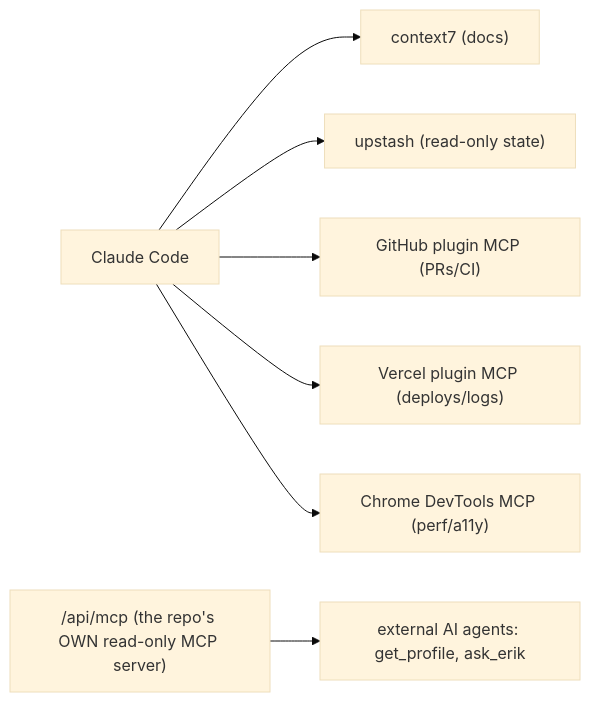
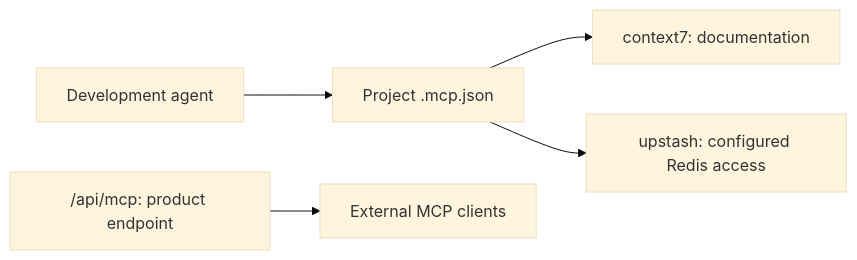
One commit to erikunha/portfolio changed the diagram in docs/handbook/agents-skills-hooks-mcp.md. Above: the diagram before and after it, drawn with Mermaid (base theme). The commit also changed other lines of this file and 1307 other files, not shown here.

````diff
--- a/docs/handbook/agents-skills-hooks-mcp.md
+++ b/docs/handbook/agents-skills-hooks-mcp.md
@@ -68,9 +87,7 @@
 ```mermaid
 flowchart LR
-    agent["Claude Code"] --> ctx7["context7 (docs)"]
-    agent --> up["upstash (read-only state)"]
-    agent --> gh["GitHub plugin MCP (PRs/CI)"]
-    agent --> vc["Vercel plugin MCP (deploys/logs)"]
-    agent --> cd["Chrome DevTools MCP (perf/a11y)"]
-    repo["/api/mcp (the repo's OWN read-only MCP server)"] --> consumers["external AI agents: get_profile, ask_erik"]
+    agent["Development agent"] --> config["Project .mcp.json"]
+    config --> ctx7["context7: documentation"]
+    config --> up["upstash: configured Redis access"]
+    repo["/api/mcp: product endpoint"] --> consumers["External MCP clients"]
 ```
````
